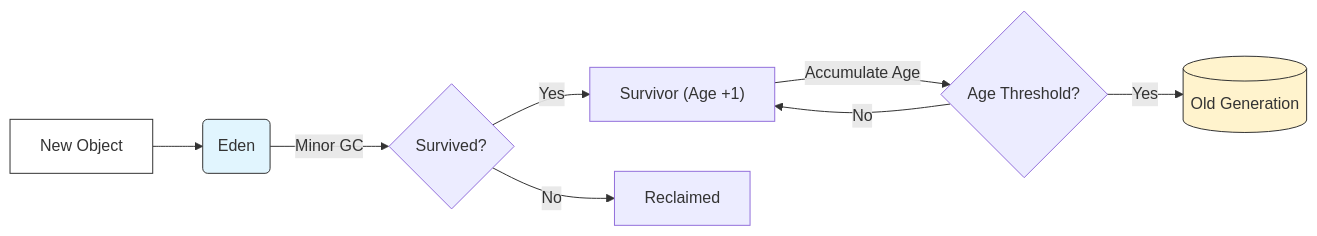
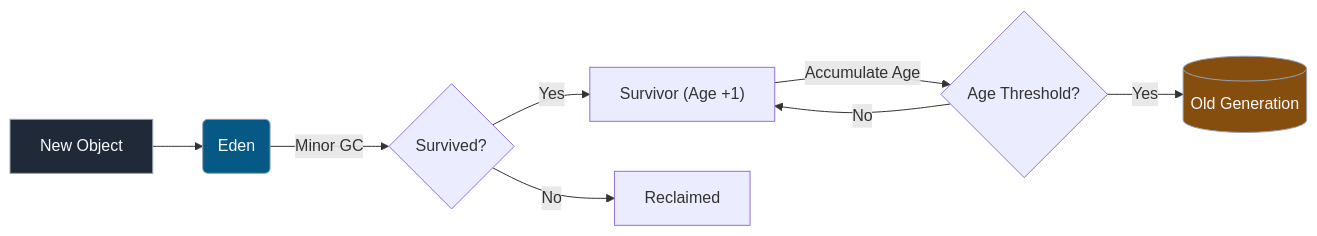
One commit to Kang-Hyesung/kang-hyesung.github.io changed the second of 2 diagrams in _posts/java/07-jvm/2026-01-12-jvm-힙-영역과-gc.md. Above: the diagram before and after it, drawn with Mermaid. The commit also changed other lines of this file and 74 other files, not shown here.

Commit message:
docs: update post visibility and mermaid colors

````diff
--- a/_posts/java/07-jvm/2026-01-12-jvm-힙-영역과-gc.md
+++ b/_posts/java/07-jvm/2026-01-12-jvm-힙-영역과-gc.md
@@ -122,15 +122,15 @@
 ```mermaid
 graph LR
     A["New Object"] --> B("Eden")
     B -->|Minor GC| C{"Survived?"}
     C -->|Yes| D["Survivor (Age +1)"]
     C -->|No| E["Reclaimed"]
     D -->|Accumulate Age| F{"Age Threshold?"}
     F -->|Yes| G[("Old Generation")]
     F -->|No| D
 
-    style A fill:#fff,stroke:#333
-    style B fill:#e1f5fe,stroke:#333
-    style G fill:#fff3cd,stroke:#333
+    style A fill:#1f2937,stroke:#94a3b8,color:#f8fafc
+    style B fill:#075985,stroke:#94a3b8,color:#f8fafc
+    style G fill:#854d0e,stroke:#94a3b8,color:#f8fafc
 
 ```
````
